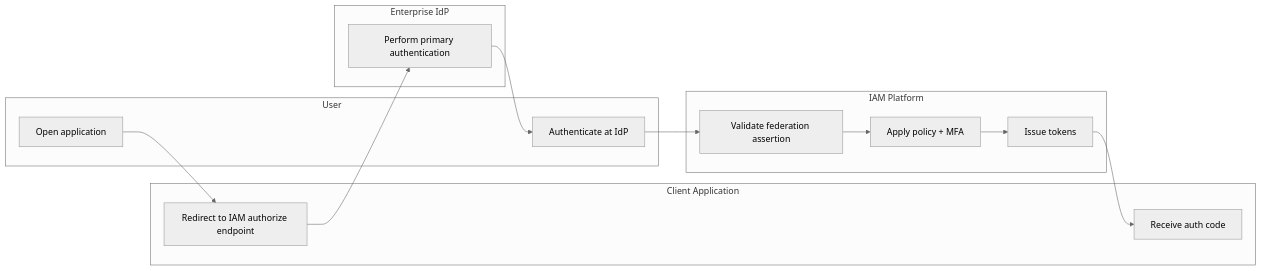
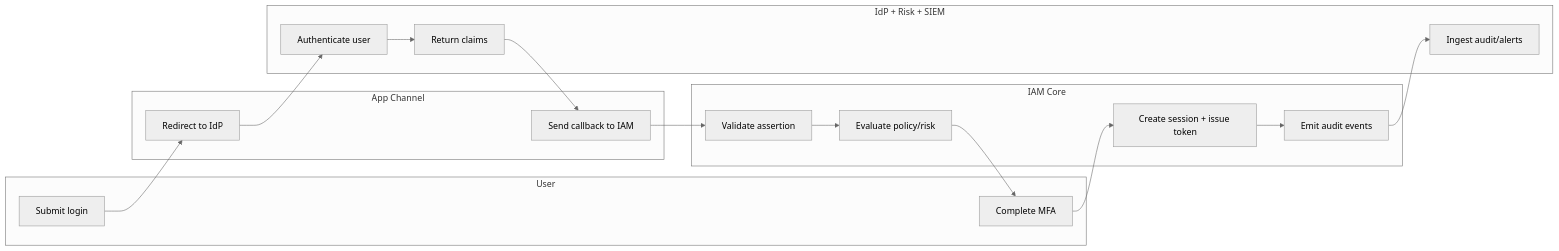
Before and after one commit to 0Ankit0/Project-Ideas: the diagram in Identity and Access Management Platform/analysis/swimlane-diagrams.md, drawn with Mermaid (neutral theme). The commit also changed other lines of this file and 37 other files, not shown here.

````diff
--- a/Identity and Access Management Platform/analysis/swimlane-diagrams.md
+++ b/Identity and Access Management Platform/analysis/swimlane-diagrams.md
@@ -4,24 +3,27 @@
 ```mermaid
 flowchart LR
-    subgraph User[User]
-      A[Open application]
-      B[Authenticate at IdP]
+    subgraph User
+      U1[Submit login]
+      U2[Complete MFA]
     end
 
-    subgraph App[Client Application]
-      C[Redirect to IAM authorize endpoint]
-      D[Receive auth code]
+    subgraph IAM_Channel[App Channel]
+      C1[Redirect to IdP]
+      C2[Send callback to IAM]
     end
 
-    subgraph IAM[IAM Platform]
-      E[Validate federation assertion]
-      F[Apply policy + MFA]
-      G[Issue tokens]
+    subgraph IAM_Core[IAM Core]
+      I1[Validate assertion]
+      I2[Evaluate policy/risk]
+      I3[Create session + issue token]
+      I4[Emit audit events]
     end
 
-    subgraph IdP[Enterprise IdP]
-      H[Perform primary authentication]
+    subgraph External[IdP + Risk + SIEM]
+      E1[Authenticate user]
+      E2[Return claims]
+      E3[Ingest audit/alerts]
     end
 
-    A --> C --> H --> B --> E --> F --> G --> D
+    U1 --> C1 --> E1 --> E2 --> C2 --> I1 --> I2 --> U2 --> I3 --> I4 --> E3
 ```
````
